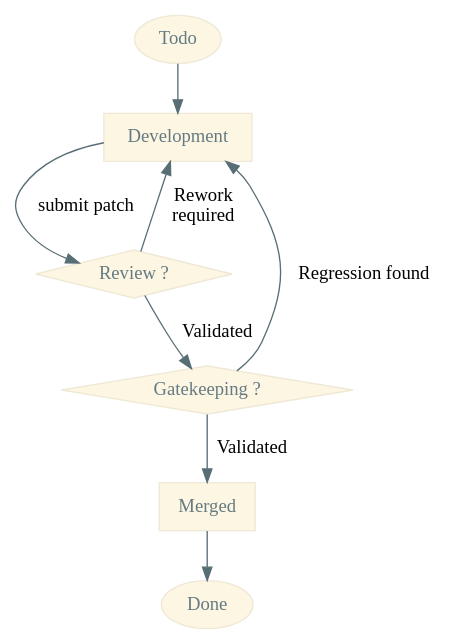
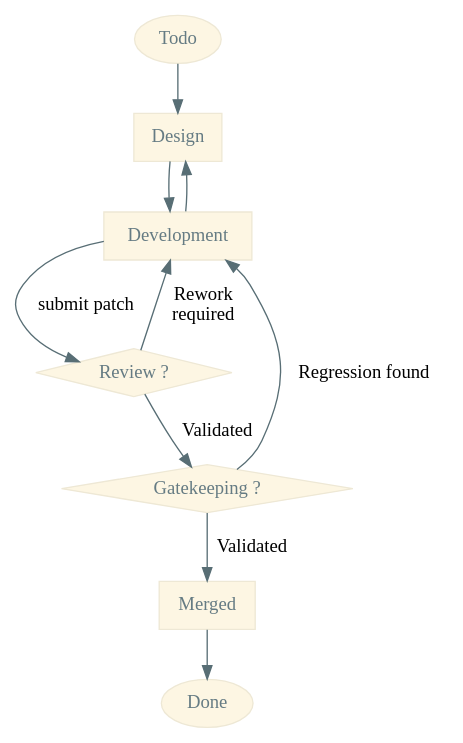
The diagram in report/src/img/workflow/workflow.dot (Makohoek/internship-report), drawn with Graphviz before and after one commit. The commit also changed 6 other files, not shown here.

```diff
--- a/report/src/img/workflow/workflow.dot
+++ b/report/src/img/workflow/workflow.dot
@@ -1,56 +1,59 @@
 /**
  * Workflow diagram with solarized light colorscheme
  * Example found on http://fsteeg.com/2006/11/17/uml-class-diagrams-with-graphviz/
  *
  * Colors added by Mattijs Korpershoek
  * <mattijs.korpershoek@gmail.com>
  */
 
 /*
  * Solarized colorscheme:
  * $base03:    #002b36;
  * $base02:    #073642;
  * $base01:    #586e75;
  * $base00:    #657b83;
  * $base0:     #839496;
  * $base1:     #93a1a1;
  * $base2:     #eee8d5;
  * $base3:     #fdf6e3;
  * $yellow:    #b58900;
  * $orange:    #cb4b16;
  * $red:       #dc322f;
  * $magenta:   #d33682;
  * $violet:    #6c71c4;
  * $blue:      #268bd2;
  * $cyan:      #2aa198;
  * $green:     #859900;
  * */
 digraph hierarchy
 {
   size="15,15"
     node[shape=record,style=filled,fillcolor="#fdf6e3", fontcolor="#657b83", color="#eee8d5"]
     edge[dir=forward, arrowtail=open, color="#586e75"]
 
 start [shape=ellipse, label="Todo"];
 end [shape=ellipse, label="Done"];
 
+design [label="Design"];
 dev [label="Development"];
 integrated [label="Merged"];
 
-start -> dev
+start -> design
+design -> dev
+dev -> design
 
 dev -> review [label="submit patch"];
 
 review [shape=diamond, label="Review ?"];
 
 review -> dev [label="Rework\nrequired"];
 review -> preint [label="Validated"];
 
 preint [shape=diamond, label="Gatekeeping ?"]
 
 preint -> dev [label="Regression found"];
 preint -> integrated [label="Validated"];
 
 integrated -> end
 
 }
```
